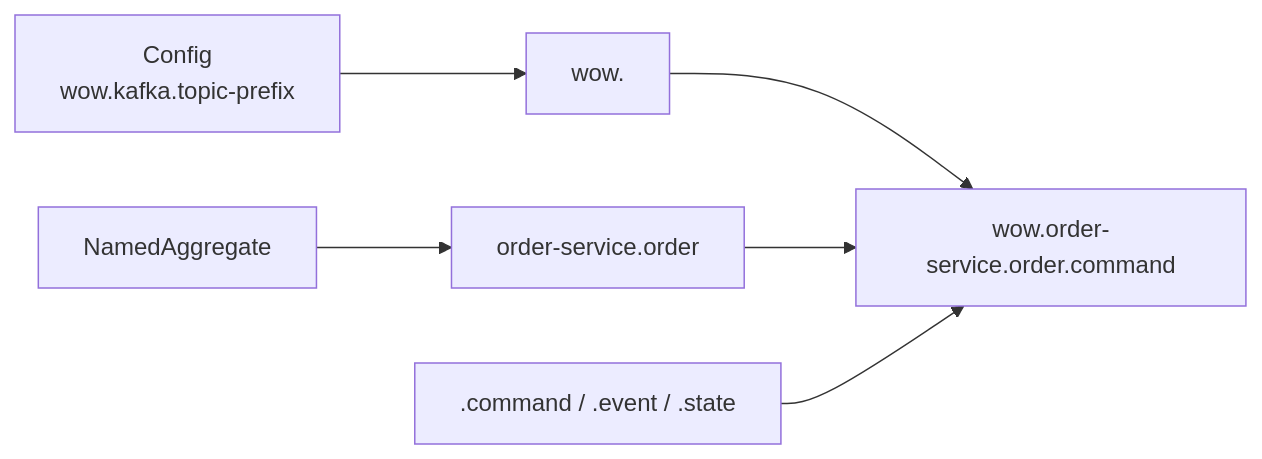
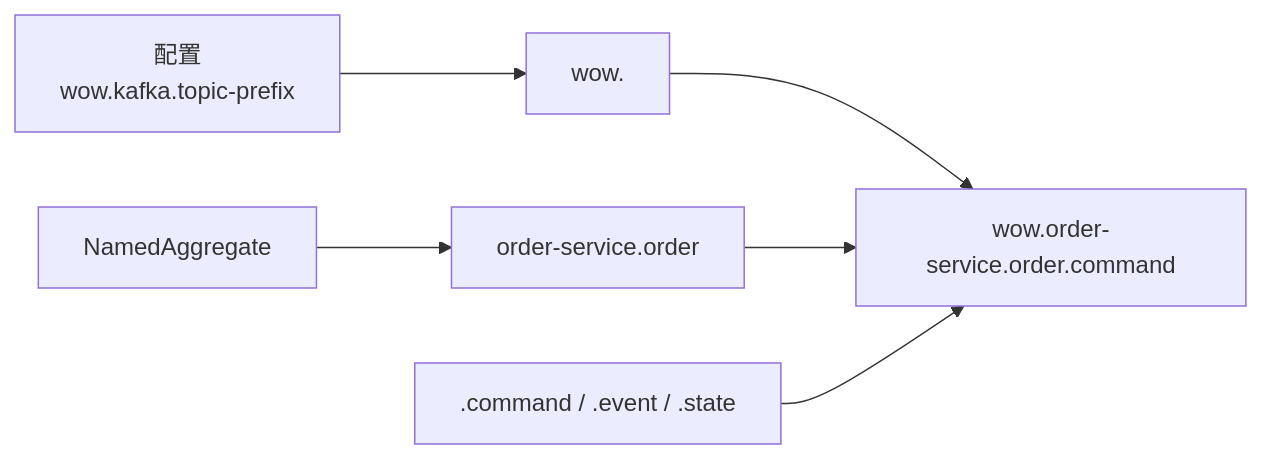
The fourth of 6 diagrams in documentation/docs/zh/guide/extensions/kafka.md (Ahoo-Wang/Wow), drawn with Mermaid before and after one commit. The commit also changed other lines of this file and 11 other files, not shown here.

````diff
--- a/documentation/docs/zh/guide/extensions/kafka.md
+++ b/documentation/docs/zh/guide/extensions/kafka.md
@@ -257,9 +257,9 @@
 ```mermaid
 graph LR
-    Config[Config<br>wow.kafka.topic-prefix] --> Prefix["wow."]
+    Config[配置<br>wow.kafka.topic-prefix] --> Prefix["wow."]
     Named[NamedAggregate] --> Ident["order-service.order"]
     Prefix --> Topic
     Ident --> Topic
     Suffix[".command / .event / .state"] --> Topic
     Topic["wow.order-service.order.command"]
 ```
````
